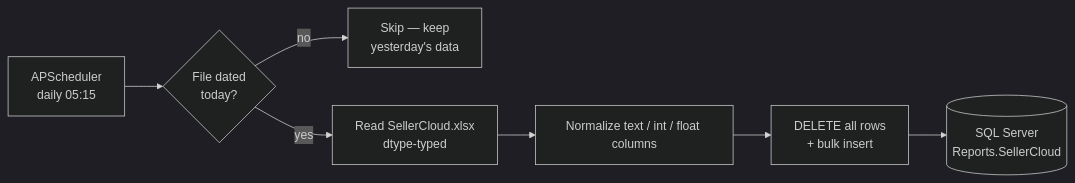
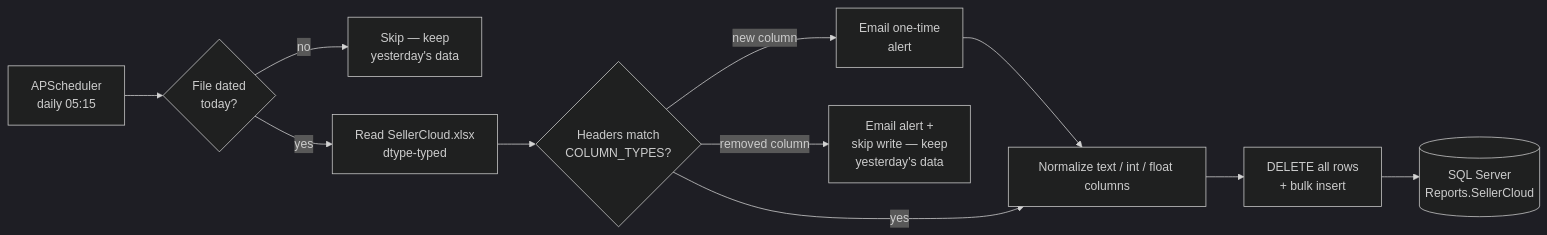
Before and after one commit to dominicci13/sellercloud-sync: the diagram in README.md, drawn with Mermaid (dark theme). The commit also changed other lines of this file and 1 other file, not shown here.

First line of the commit message:
feat: email alert on SellerCloud schema drift

````diff
--- a/README.md
+++ b/README.md
@@ -15,9 +16,12 @@
 ```mermaid
 flowchart LR
     sched[APScheduler<br/>daily 05:15] --> fresh{File dated<br/>today?}
     fresh -->|no| skip[Skip — keep<br/>yesterday's data]
     fresh -->|yes| read[Read SellerCloud.xlsx<br/>dtype-typed]
-    read --> norm[Normalize text / int / float columns]
+    read --> drift{Headers match<br/>COLUMN_TYPES?}
+    drift -->|new column| alert[Email one-time<br/>alert] --> norm
+    drift -->|removed column| halt[Email alert +<br/>skip write — keep<br/>yesterday's data]
+    drift -->|yes| norm[Normalize text / int / float columns]
     norm --> reload[DELETE all rows<br/>+ bulk insert]
     reload --> db[(SQL Server<br/>Reports.SellerCloud)]
 ```
````
